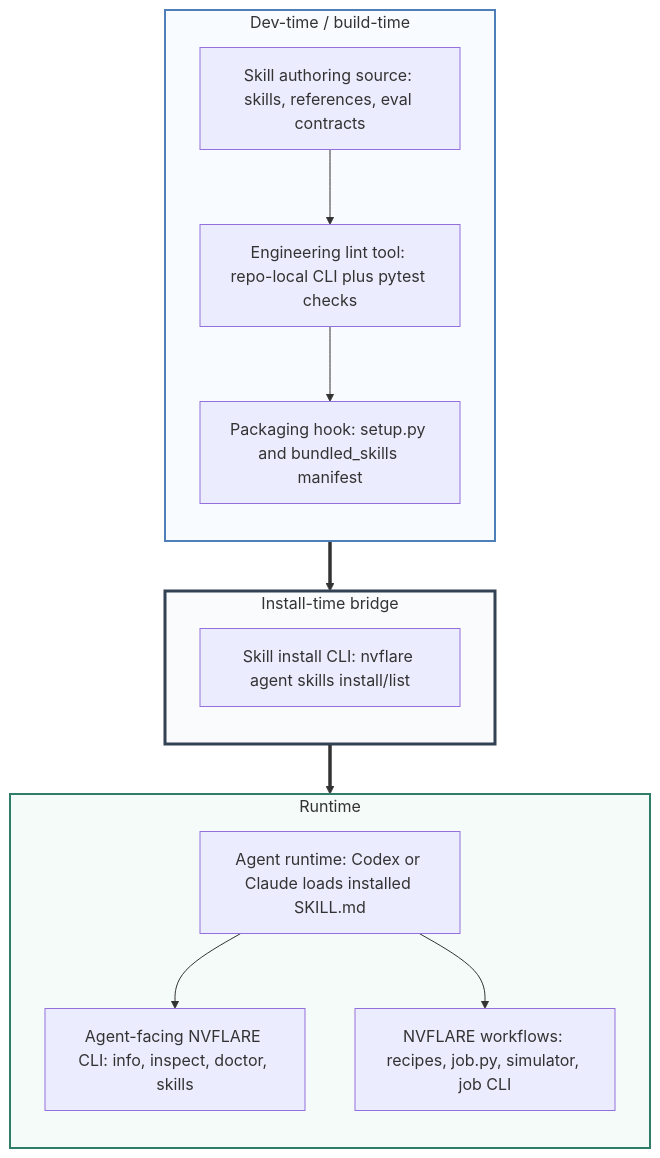
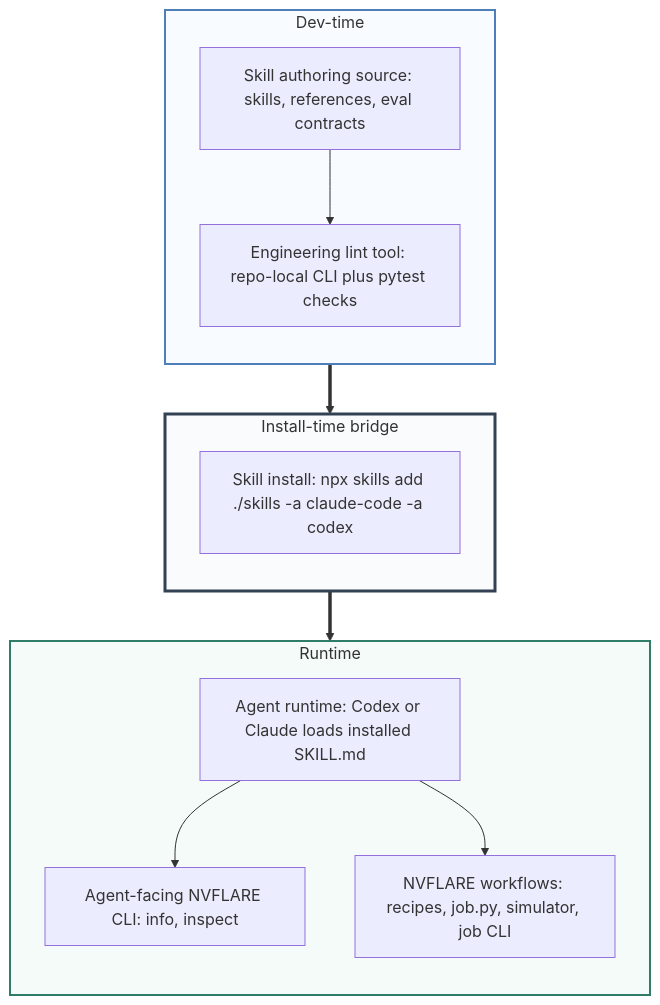
The second of 5 diagrams in docs/design/skills_architecture.md (NVIDIA/NVFlare), drawn with Mermaid before and after one commit. The commit also changed other lines of this file and 116 other files, not shown here.

First line of the commit message:
NVFLARE agent skills: PyTorch/Lightning conversion, orient, diagnose — with lint, eval, packaging, and security hardening (#4837)

````diff
--- a/docs/design/skills_architecture.md
+++ b/docs/design/skills_architecture.md
@@ -16,26 +97,25 @@
 ```mermaid
 flowchart TB
-    subgraph DevBuild["Dev-time / build-time"]
+    subgraph DevBuild["Dev-time"]
         direction TB
         Authoring["Skill authoring source: skills, references, eval contracts"] --> Lint["Engineering lint tool: repo-local CLI plus pytest checks"]
-        Lint --> Package["Packaging hook: setup.py and bundled_skills manifest"]
     end
 
     subgraph InstallBridge["Install-time bridge"]
         direction TB
-        Install["Skill install CLI: nvflare agent skills install/list"]
+        Install["Skill install: npx skills add ./skills -a claude-code -a codex"]
     end
 
     subgraph Runtime["Runtime"]
         direction TB
-        AgentRuntime["Agent runtime: Codex or Claude loads installed SKILL.md"] --> AgentCLI["Agent-facing NVFLARE CLI: info, inspect, doctor, skills"]
+        AgentRuntime["Agent runtime: Codex or Claude loads installed SKILL.md"] --> AgentCLI["Agent-facing NVFLARE CLI: info, inspect"]
         AgentRuntime --> NVFLAREWork["NVFLARE workflows: recipes, job.py, simulator, job CLI"]
     end
 
-    Package ==> Install
+    Authoring ==> Install
     Install ==> AgentRuntime
 
     style DevBuild fill:#f8fbff,stroke:#4f7fb8,stroke-width:2px
     style InstallBridge fill:#fafbfc,stroke:#334155,stroke-width:3px
     style Runtime fill:#f4fbf8,stroke:#2f7d68,stroke-width:2px
 ```
````
